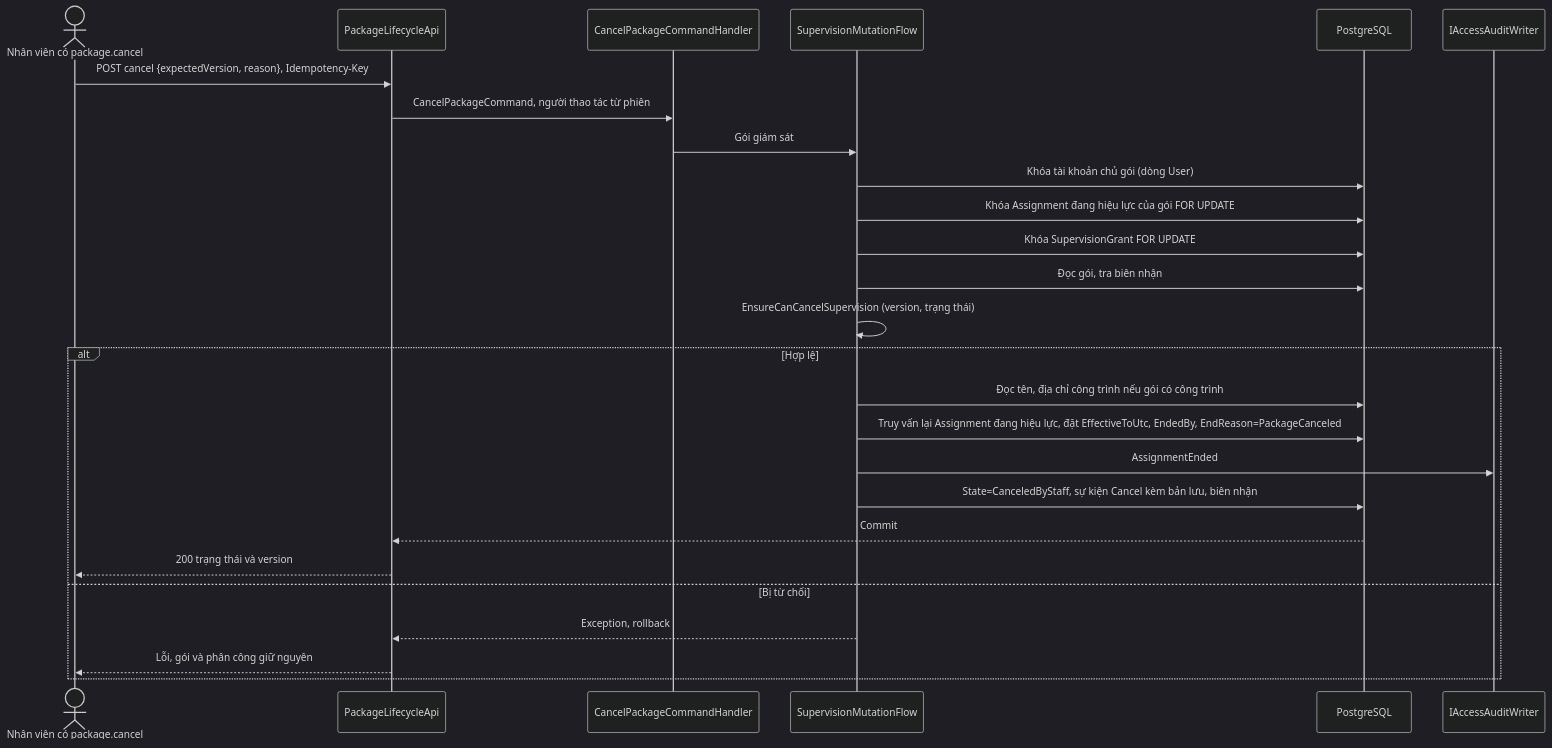
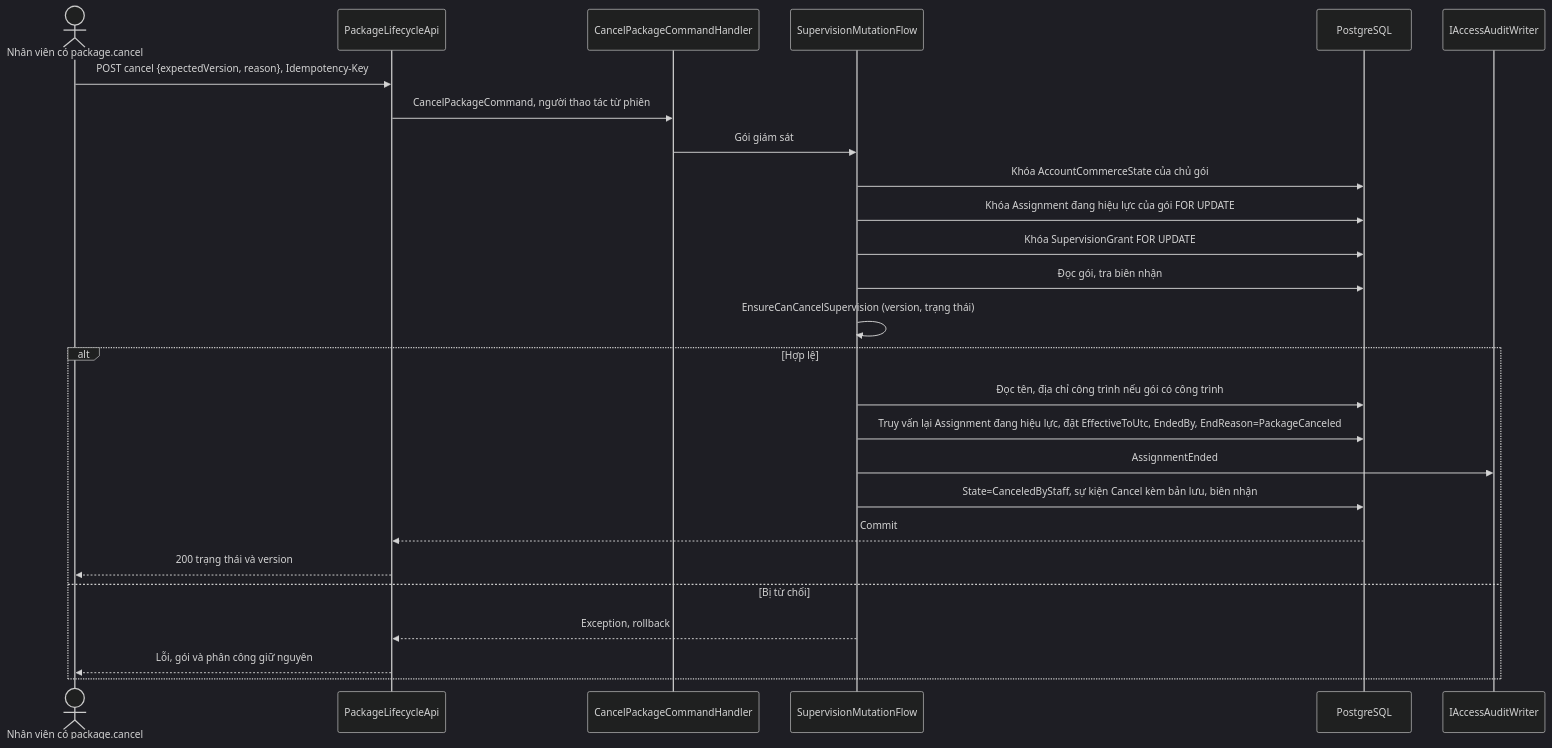
One commit to TaskCoper/bmt-documentation changed the second of 5 diagrams in tdd/TDD-SUB-005.md. Above: the diagram before and after it, drawn with Mermaid (dark theme). The commit also changed other lines of this file and 14 other files, not shown here.

First line of the commit message:
docs: đồng bộ tài liệu với khóa AccountCommerceState, thanh toán và bản dự toán đã triển khai

````diff
--- a/tdd/TDD-SUB-005.md
+++ b/tdd/TDD-SUB-005.md
@@ -171,28 +171,28 @@
 ```mermaid
 sequenceDiagram
     actor S as Nhân viên có package.cancel
     participant A as PackageLifecycleApi
     participant H as CancelPackageCommandHandler
     participant F as SupervisionMutationFlow
     participant D as PostgreSQL
     participant AU as IAccessAuditWriter
     S->>A: POST cancel {expectedVersion, reason}, Idempotency-Key
     A->>H: CancelPackageCommand, người thao tác từ phiên
     H->>F: Gói giám sát
-    F->>D: Khóa tài khoản chủ gói (dòng User)
+    F->>D: Khóa AccountCommerceState của chủ gói
     F->>D: Khóa Assignment đang hiệu lực của gói FOR UPDATE
     F->>D: Khóa SupervisionGrant FOR UPDATE
     F->>D: Đọc gói, tra biên nhận
     F->>F: EnsureCanCancelSupervision (version, trạng thái)
     alt Hợp lệ
       F->>D: Đọc tên, địa chỉ công trình nếu gói có công trình
       F->>D: Truy vấn lại Assignment đang hiệu lực, đặt EffectiveToUtc, EndedBy, EndReason=PackageCanceled
       F->>AU: AssignmentEnded
       F->>D: State=CanceledByStaff, sự kiện Cancel kèm bản lưu, biên nhận
       D-->>A: Commit
       A-->>S: 200 trạng thái và version
     else Bị từ chối
       F-->>A: Exception, rollback
       A-->>S: Lỗi, gói và phân công giữ nguyên
     end
 ```
````
